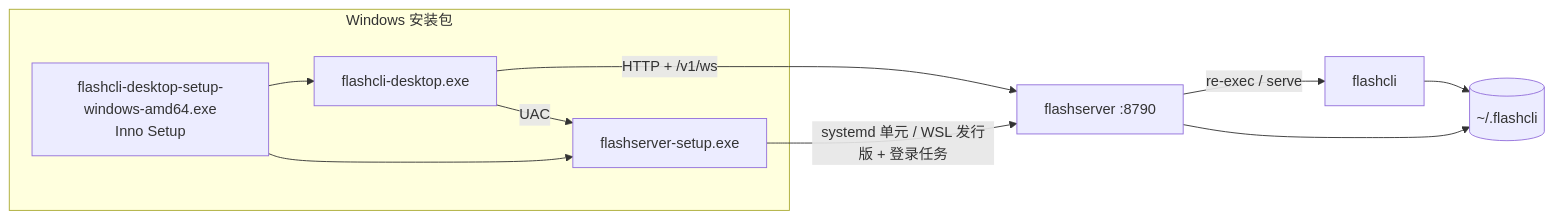
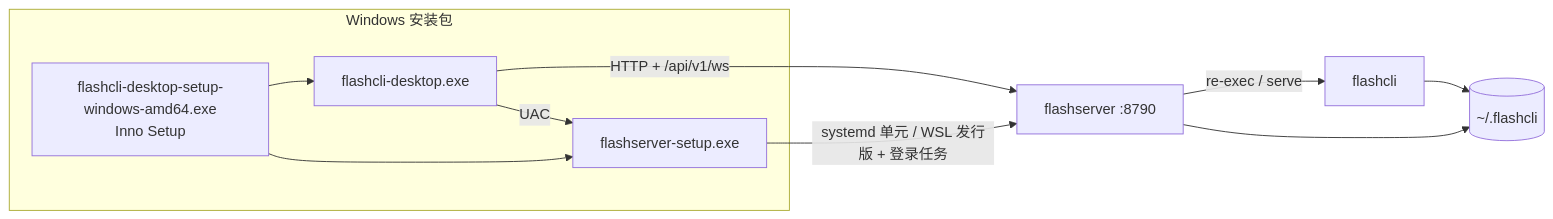
The first of 3 diagrams in docs/architecture.zh-CN.md (aodianyun/flashcli), drawn with Mermaid before and after one commit. The commit also changed other lines of this file and 38 other files, not shown here.

````diff
--- a/docs/architecture.zh-CN.md
+++ b/docs/architecture.zh-CN.md
@@ -87,13 +87,13 @@
 ```mermaid
 flowchart LR
   subgraph WIN[Windows 安装包]
     ISS["flashcli-desktop-setup-windows-amd64.exe<br/>Inno Setup"] --> CLIENT[flashcli-desktop.exe]
     ISS --> SETUP[flashserver-setup.exe]
   end
-  CLIENT -- "HTTP + /v1/ws" --> SRV["flashserver :8790"]
+  CLIENT -- "HTTP + /api/v1/ws" --> SRV["flashserver :8790"]
   CLIENT -- UAC --> SETUP
   SETUP -- "systemd 单元 / WSL 发行版 + 登录任务" --> SRV
   SRV -- "re-exec / serve" --> CLI[flashcli]
   CLI --> HOST[(~/.flashcli)]
   SRV --> HOST
 ```
````
